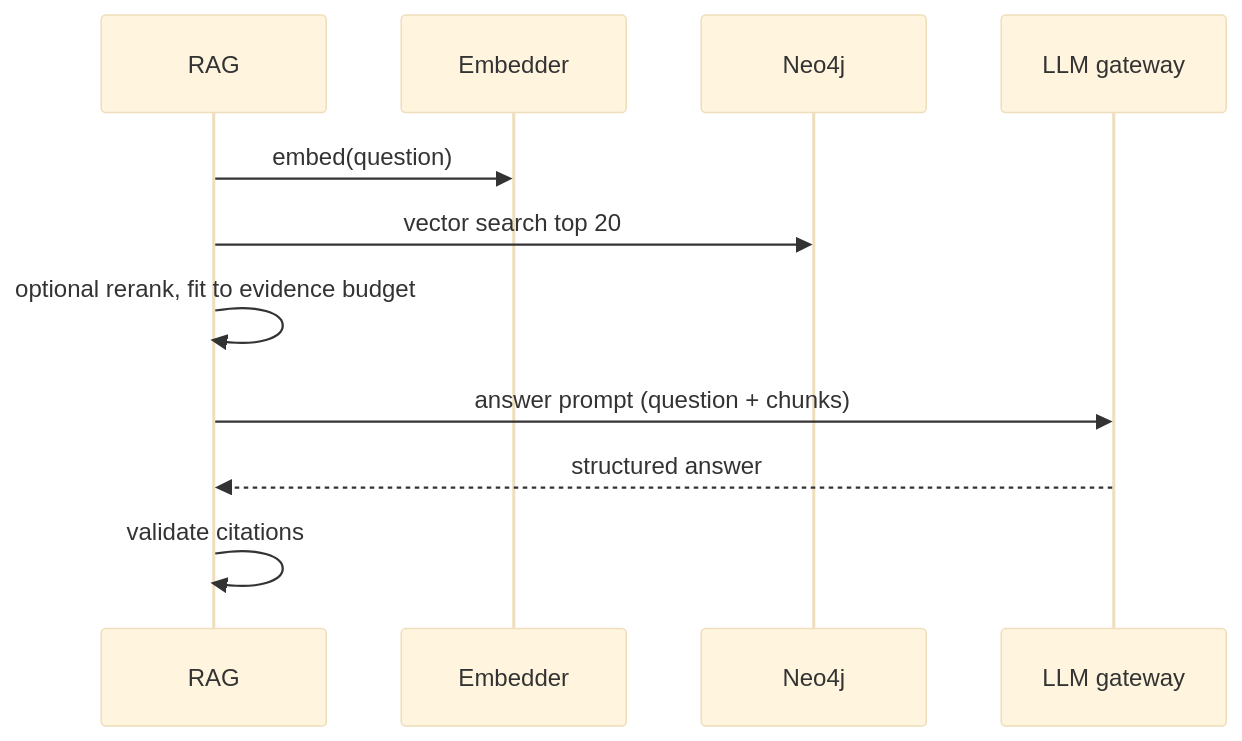
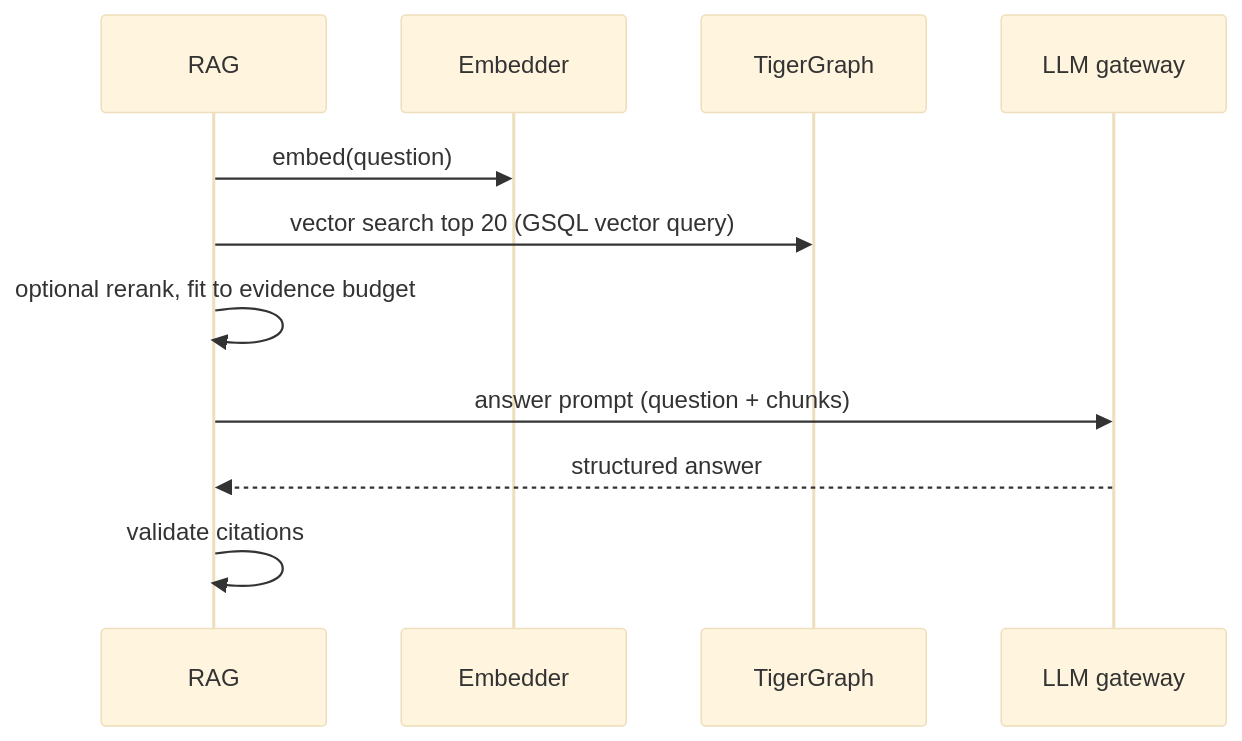
The sixth of 11 diagrams in docs/ARCHITECTURE.md (Tetra4ge/Interlock-TG), drawn with Mermaid (base theme) before and after one commit. The commit also changed other lines of this file and 13 other files, not shown here.

Commit message:
docs: migrate architecture and documentation references from Neo4j to TigerGraph

````diff
--- a/docs/ARCHITECTURE.md
+++ b/docs/ARCHITECTURE.md
@@ -183,13 +183,13 @@
 ```mermaid
 sequenceDiagram
     participant P as RAG
     participant E as Embedder
-    participant N as Neo4j
+    participant N as TigerGraph
     participant L as LLM gateway
     P->>E: embed(question)
-    P->>N: vector search top 20
+    P->>N: vector search top 20 (GSQL vector query)
     P->>P: optional rerank, fit to evidence budget
     P->>L: answer prompt (question + chunks)
     L-->>P: structured answer
     P->>P: validate citations
 ```
````
